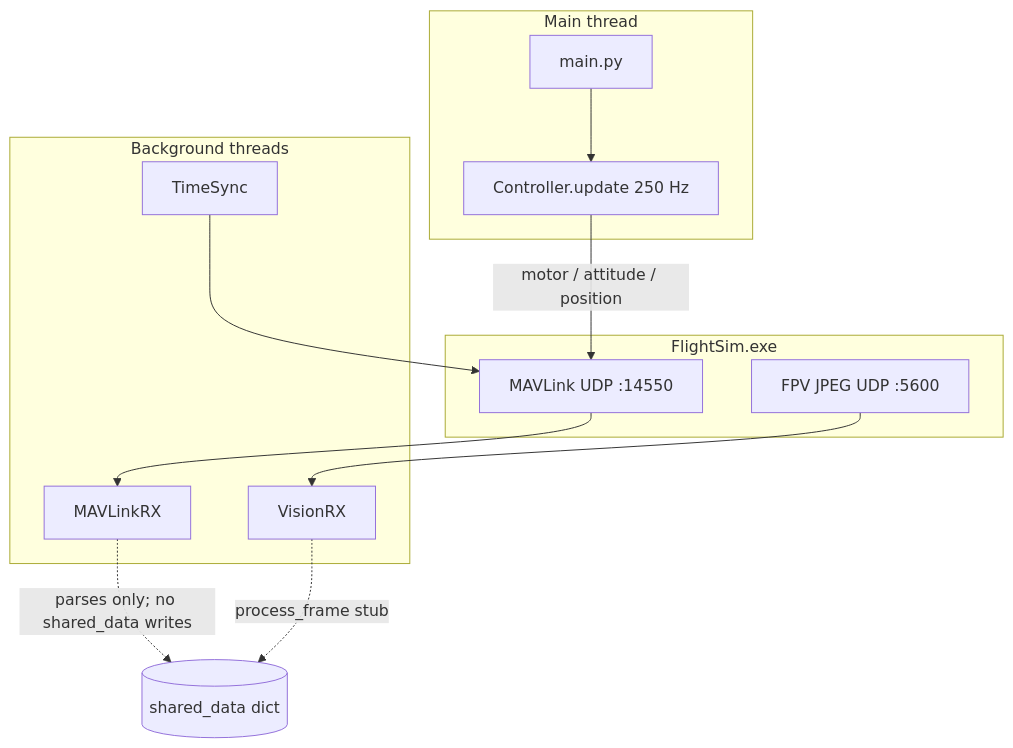
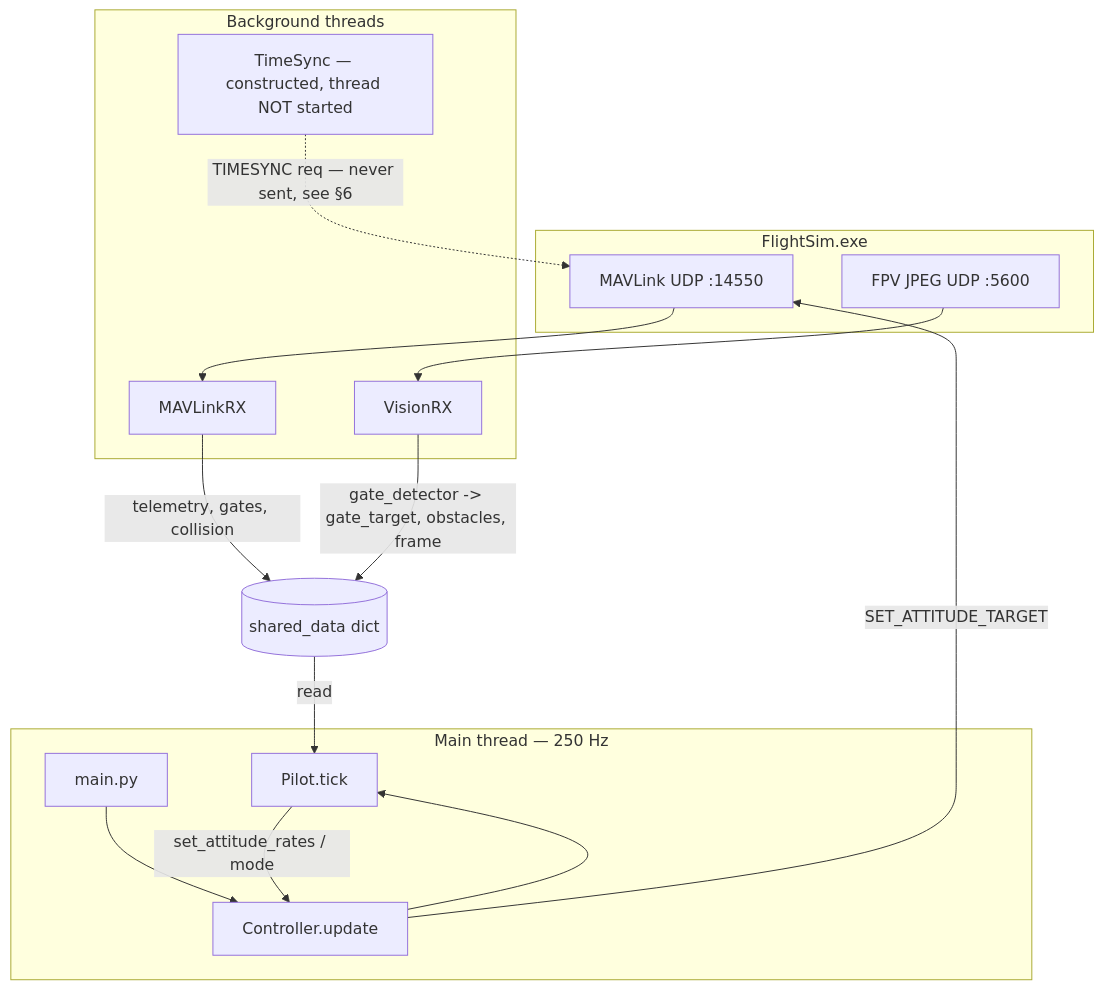
Before and after one commit to busted-bois/sim-actual: the diagram in docs/main-documentation.md, drawn with Mermaid. The commit also changed other lines of this file and 1 other file, not shown here.

First line of the commit message:
Update main-documentation for main at 1d12c7a.

````diff
--- a/docs/main-documentation.md
+++ b/docs/main-documentation.md
@@ -99,26 +126,32 @@
 ```mermaid
 flowchart TB
     subgraph sim [FlightSim.exe]
         MAV[MAVLink UDP :14550]
         VID[FPV JPEG UDP :5600]
     end
 
     subgraph threads [Background threads]
         MR[MAVLinkRX]
         VR[VisionRX]
-        TS[TimeSync]
+        TS[TimeSync — constructed, thread NOT started]
     end
 
-    subgraph loop [Main thread]
+    subgraph loop [Main thread — 250 Hz]
         MAIN[main.py]
-        CTRL[Controller.update 250 Hz]
+        CTRL[Controller.update]
+        PILOT[Pilot.tick]
     end
+
+    SD[(shared_data dict)]
 
     MAV --> MR
     VID --> VR
-    TS --> MAV
+    TS -.->|TIMESYNC req — never sent, see §6| MAV
+    MR -->|telemetry, gates, collision| SD
+    VR -->|gate_detector -> gate_target, obstacles, frame| SD
     MAIN --> CTRL
-    MR -.->|parses only; no shared_data writes| SD[(shared_data dict)]
-    VR -.->|process_frame stub| SD
-    CTRL -->|motor / attitude / position| MAV
+    CTRL --> PILOT
+    SD -->|read| PILOT
+    PILOT -->|set_attitude_rates / mode| CTRL
+    CTRL -->|SET_ATTITUDE_TARGET| MAV
 ```
````
